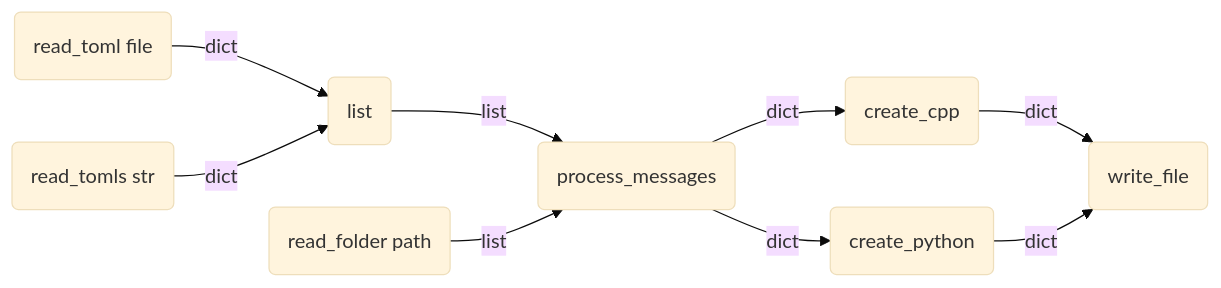
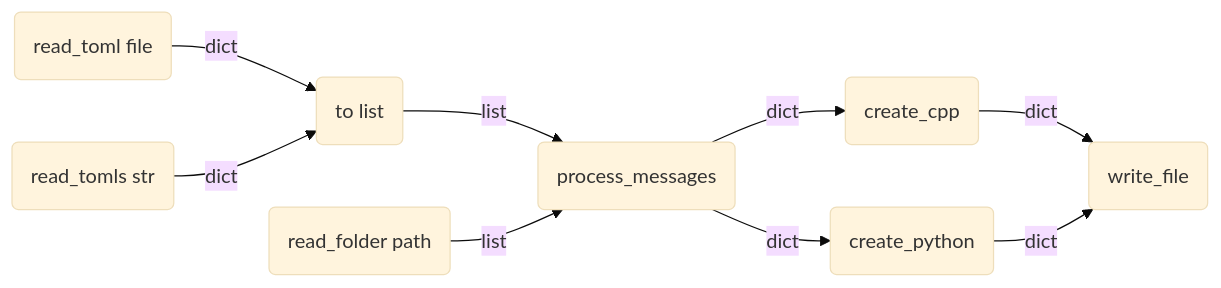
Before and after one commit to gecko-robotics/messages: the diagram in readme.md, drawn with Mermaid (base theme).

````diff
--- a/readme.md
+++ b/readme.md
@@ -10,11 +10,11 @@
 ```mermaid
 flowchart LR
-    A(read_toml file ) --> |dict| C(list);
-    B(read_tomls str ) --> |dict| C(list);
+    A(read_toml file ) --> |dict| C(to list);
+    B(read_tomls str ) --> |dict| C;
     C --> |list| E(process_messages)
     D(read_folder path) --> |list| E
     E --> |dict| F(create_cpp)
     E --> |dict| G(create_python)
     F --> |dict| H(write_file)
     G --> |dict| H
 ```
````
